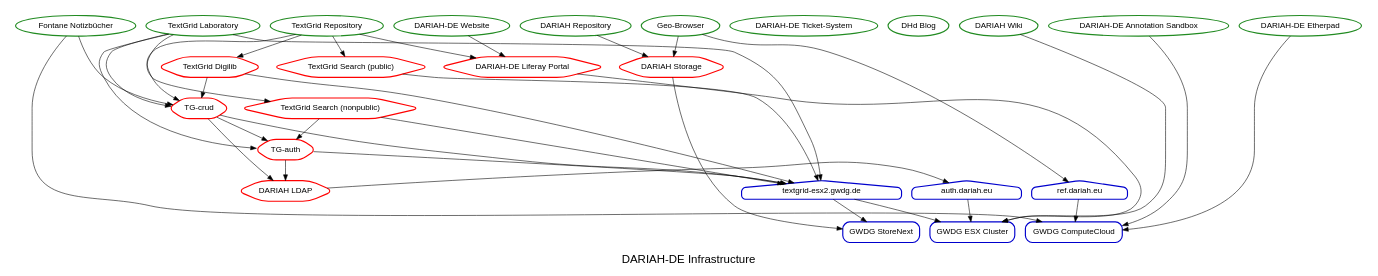
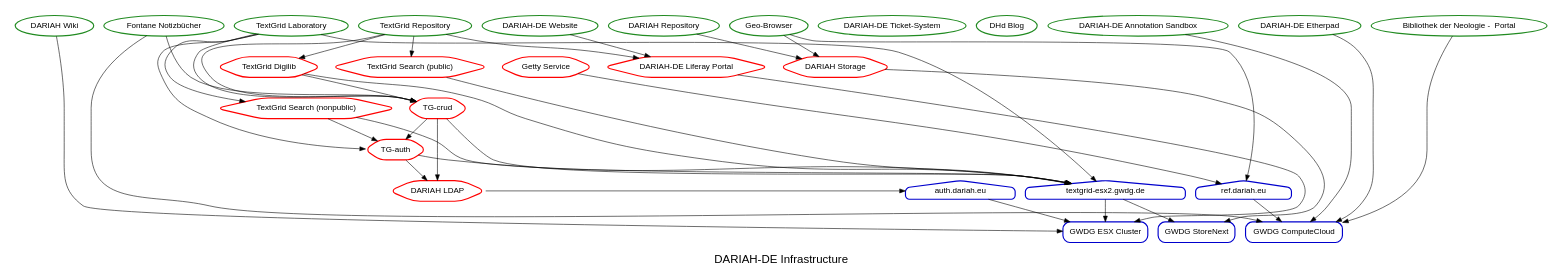
One commit to DARIAH-DE/status changed the diagram in dariah_infrastructure.gv. Above: the diagram before and after it, drawn with Graphviz. The commit also changed 2 other files, not shown here.

Commit message:
add getty

```diff
--- a/dariah_infrastructure.gv
+++ b/dariah_infrastructure.gv
@@ -1,78 +1,82 @@
 digraph {
 	fontname=helvetica fontsize=20 label="DARIAH-DE Infrastructure"
 	subgraph cluster_services {
 		node [color=forestgreen fontname=helvetica shape=oval style="rounded,bold"]
 		color=white label=""
 		"/services/tgrep" [label="TextGrid Repository"]
 		"/services/fontane" [label="Fontane Notizbücher"]
 		"/services/tglab" [label="TextGrid Laboratory"]
 		"/services/dhdblog" [label="DHd Blog"]
 		"/services/otrs" [label="DARIAH-DE Ticket-System"]
 		"/services/confluence" [label="DARIAH Wiki"]
 		"/services/annotation_sandbox" [label="DARIAH-DE Annotation Sandbox"]
 		"/services/etherpad" [label="DARIAH-DE Etherpad"]
 		"/services/website" [label="DARIAH-DE Website"]
 		"/services/geobrowser" [label="Geo-Browser"]
 		"/services/repository" [label="DARIAH Repository"]
+		"/services/neologie" [label="Bibliothek der Neologie -  Portal"]
 	}
 	subgraph cluster_middlewares {
 		node [color=red fontname=helvetica shape=hexagon style="rounded,bold"]
 		color=white label=""
+		"/middlewares/getty" [label="Getty Service"]
 		"/middlewares/dariahstorage" [label="DARIAH Storage"]
 		"/middlewares/tgsearch-public" [label="TextGrid Search (public)"]
 		"/middlewares/dariahldap" [label="DARIAH LDAP"]
 		"/middlewares/tgauth" [label="TG-auth"]
 		"/middlewares/tgdigilib" [label="TextGrid Digilib"]
 		"/middlewares/liferay" [label="DARIAH-DE Liferay Portal"]
 		"/middlewares/tgsearch-nonpublic" [label="TextGrid Search (nonpublic)"]
 		"/middlewares/tgcrud" [label="TG-crud"]
 	}
 	subgraph cluster_servers {
 		node [color=blue3 fontname=helvetica shape=house style="rounded,bold"]
 		color=white label=""
 		"/servers/ref" [label="ref.dariah.eu"]
 		"/servers/auth" [label="auth.dariah.eu"]
 		"/servers/textgrid-esx2" [label="textgrid-esx2.gwdg.de"]
 	}
 	subgraph cluster_infrastructure {
 		node [color=blue3 fontname=helvetica shape=box style="rounded,bold"]
 		color=white label=""
 		"/infrastructure/gwdg-esx" [label="GWDG ESX Cluster"]
 		"/infrastructure/gwdg-storenext" [label="GWDG StoreNext"]
 		"/infrastructure/gwdg-cloud" [label="GWDG ComputeCloud"]
 	}
 	"/services/tgrep" -> "/middlewares/liferay"
 	"/services/tgrep" -> "/middlewares/tgcrud"
 	"/services/tgrep" -> "/middlewares/tgsearch-public"
 	"/services/tgrep" -> "/middlewares/tgdigilib"
 	"/services/fontane" -> "/middlewares/tgcrud"
 	"/services/fontane" -> "/infrastructure/gwdg-cloud"
 	"/services/tglab" -> "/middlewares/tgauth"
 	"/services/tglab" -> "/middlewares/tgcrud"
 	"/services/tglab" -> "/middlewares/tgsearch-nonpublic"
 	"/services/tglab" -> "/servers/textgrid-esx2"
 	"/services/confluence" -> "/infrastructure/gwdg-esx"
 	"/services/annotation_sandbox" -> "/infrastructure/gwdg-cloud"
 	"/services/etherpad" -> "/infrastructure/gwdg-cloud"
 	"/services/website" -> "/middlewares/liferay"
 	"/services/geobrowser" -> "/middlewares/dariahstorage"
 	"/services/geobrowser" -> "/servers/ref"
 	"/services/repository" -> "/middlewares/dariahstorage"
+	"/services/neologie" -> "/infrastructure/gwdg-cloud"
+	"/middlewares/getty" -> "/servers/ref"
 	"/middlewares/dariahstorage" -> "/infrastructure/gwdg-storenext"
 	"/middlewares/tgsearch-public" -> "/servers/textgrid-esx2"
 	"/middlewares/dariahldap" -> "/servers/auth"
 	"/middlewares/tgauth" -> "/middlewares/dariahldap"
 	"/middlewares/tgauth" -> "/servers/textgrid-esx2"
 	"/middlewares/tgdigilib" -> "/middlewares/tgcrud"
 	"/middlewares/tgdigilib" -> "/servers/textgrid-esx2"
 	"/middlewares/liferay" -> "/infrastructure/gwdg-esx"
 	"/middlewares/tgsearch-nonpublic" -> "/servers/textgrid-esx2"
 	"/middlewares/tgsearch-nonpublic" -> "/middlewares/tgauth"
 	"/middlewares/tgcrud" -> "/middlewares/tgauth"
 	"/middlewares/tgcrud" -> "/middlewares/dariahldap"
 	"/middlewares/tgcrud" -> "/servers/textgrid-esx2"
 	"/servers/ref" -> "/infrastructure/gwdg-cloud"
 	"/servers/auth" -> "/infrastructure/gwdg-esx"
 	"/servers/textgrid-esx2" -> "/infrastructure/gwdg-storenext"
 	"/servers/textgrid-esx2" -> "/infrastructure/gwdg-esx"
 }
```
